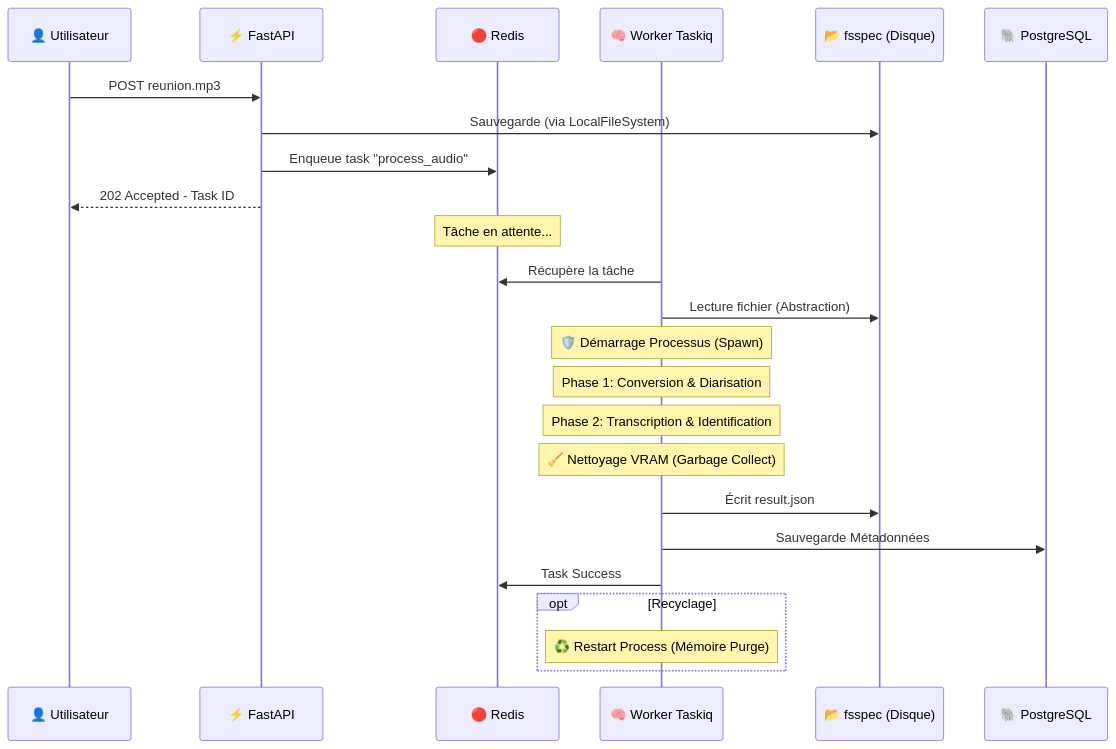
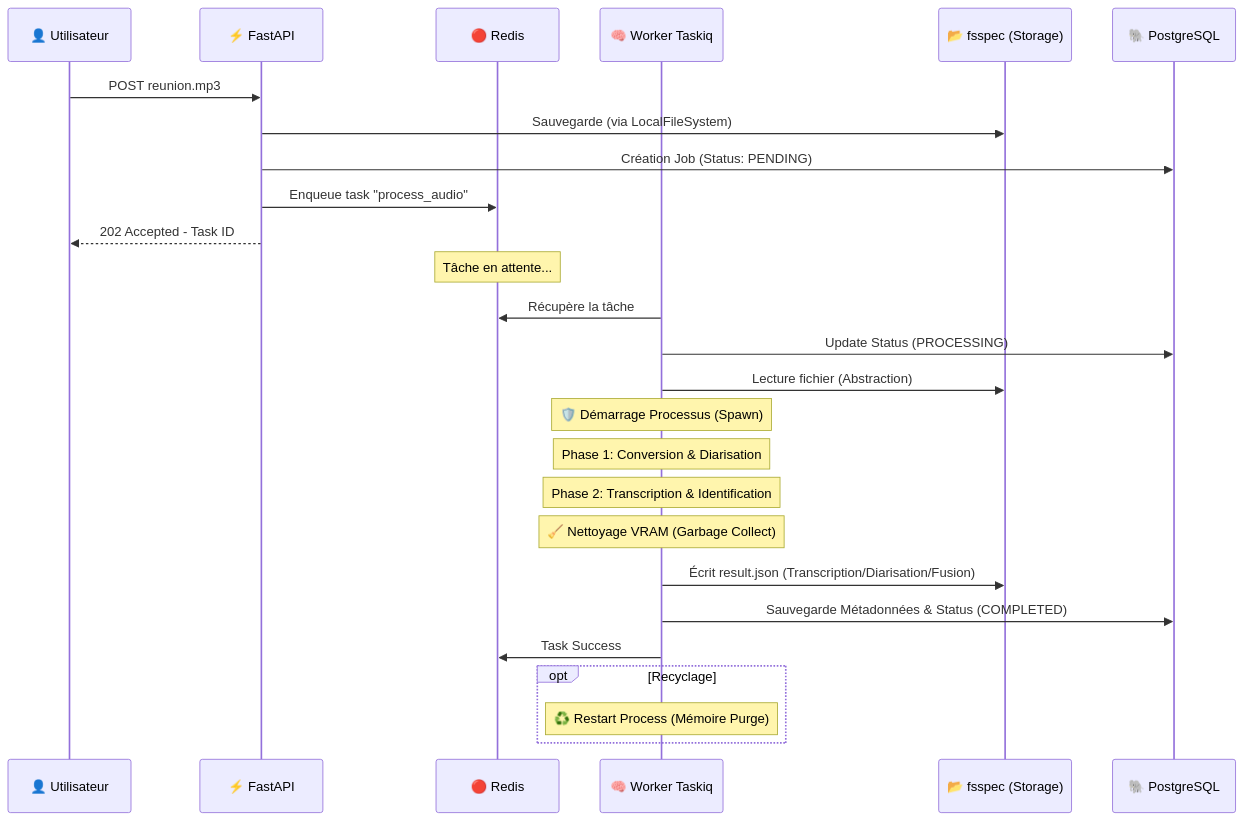
The first of 2 diagrams in ARCHITECTURE.md (emmanuel-cabassot/smart-meeting-scribe), drawn with Mermaid before and after one commit. The commit also changed other lines of this file and 9 other files, not shown here.

Commit message:
Migration architecture asynchrone (Postgres + Taskiq + fsspec)

````diff
--- a/ARCHITECTURE.md
+++ b/ARCHITECTURE.md
@@ -69,32 +69,34 @@
 ```mermaid
 sequenceDiagram
     participant User as 👤 Utilisateur
     participant API as ⚡ FastAPI
     participant Redis as 🔴 Redis
     participant Worker as 🧠 Worker Taskiq
-    participant FS as 📂 fsspec (Disque)
+    participant FS as 📂 fsspec (Storage)
     participant DB as 🐘 PostgreSQL
 
     User->>API: POST reunion.mp3
     API->>FS: Sauvegarde (via LocalFileSystem)
+    API->>DB: Création Job (Status: PENDING)
     API->>Redis: Enqueue task "process_audio"
     API-->>User: 202 Accepted - Task ID
     
     Note over Redis: Tâche en attente...
     
     Worker->>Redis: Récupère la tâche
+    Worker->>DB: Update Status (PROCESSING)
     Worker->>FS: Lecture fichier (Abstraction)
     
     Note over Worker: 🛡️ Démarrage Processus (Spawn)
     Note over Worker: Phase 1: Conversion & Diarisation
     Note over Worker: Phase 2: Transcription & Identification
     Note over Worker: 🧹 Nettoyage VRAM (Garbage Collect)
     
-    Worker->>FS: Écrit result.json
-    Worker->>DB: Sauvegarde Métadonnées
+    Worker->>FS: Écrit result.json (Transcription/Diarisation/Fusion)
+    Worker->>DB: Sauvegarde Métadonnées & Status (COMPLETED)
     Worker->>Redis: Task Success
     
     opt Recyclage
         Note over Worker: ♻️ Restart Process (Mémoire Purge)
     end
 ```
````
